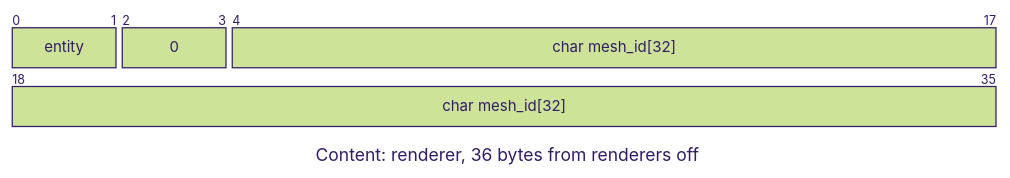
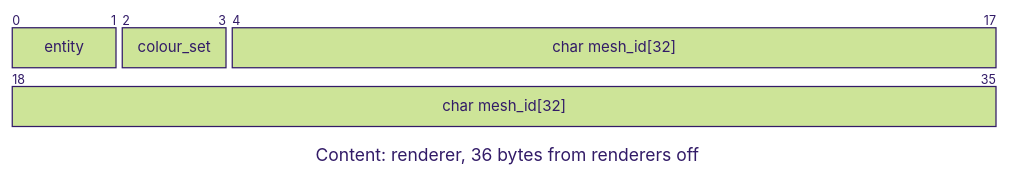
The sixth of 11 diagrams in docs/render/Scene-Files.md (jose-villegas/autana), drawn with Mermaid (forest theme) before and after one commit. The commit also changed other lines of this file and 20 other files, not shown here.

````diff
--- a/docs/render/Scene-Files.md
+++ b/docs/render/Scene-Files.md
@@ -696,13 +697,13 @@
 ```mermaid
 ---
 config:
   packet:
     bitsPerRow: 18
     bitWidth: 44
 ---
 packet-beta
 title Content: renderer, 36 bytes from renderers off
 0-1: "entity"
-2-3: "0"
+2-3: "colour_set"
 4-35: "char mesh_id[32]"
 ```
````
